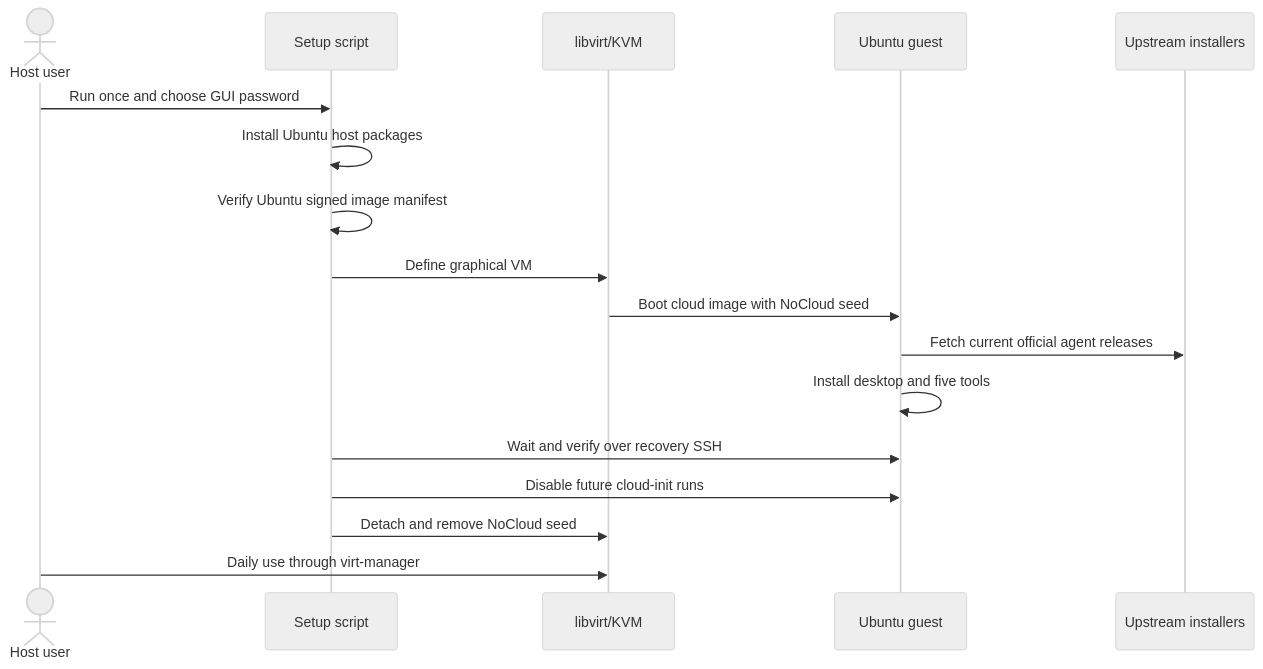
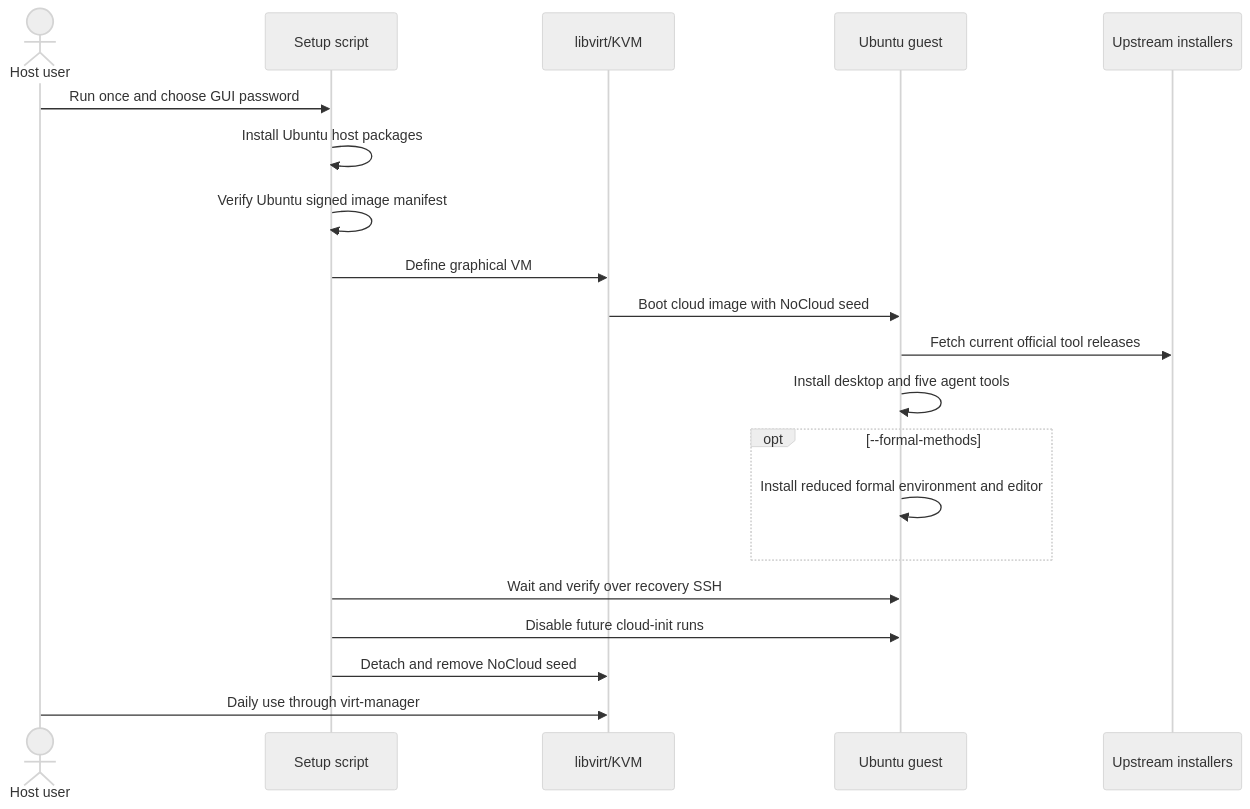
One commit to yutakang/agent-vm changed the diagram in docs/design.md. Above: the diagram before and after it, drawn with Mermaid (neutral theme). The commit also changed other lines of this file and 14 other files, not shown here.

Commit message:
put back some formal tools.

````diff
--- a/docs/design.md
+++ b/docs/design.md
@@ -25,20 +25,23 @@
 ```mermaid
 sequenceDiagram
     actor U as Host user
     participant S as Setup script
     participant L as libvirt/KVM
     participant G as Ubuntu guest
     participant P as Upstream installers
 
     U->>S: Run once and choose GUI password
     S->>S: Install Ubuntu host packages
     S->>S: Verify Ubuntu signed image manifest
     S->>L: Define graphical VM
     L->>G: Boot cloud image with NoCloud seed
-    G->>P: Fetch current official agent releases
-    G->>G: Install desktop and five tools
+    G->>P: Fetch current official tool releases
+    G->>G: Install desktop and five agent tools
+    opt --formal-methods
+        G->>G: Install reduced formal environment and editor
+    end
     S->>G: Wait and verify over recovery SSH
     S->>G: Disable future cloud-init runs
     S->>L: Detach and remove NoCloud seed
     U->>L: Daily use through virt-manager
 ```
````
